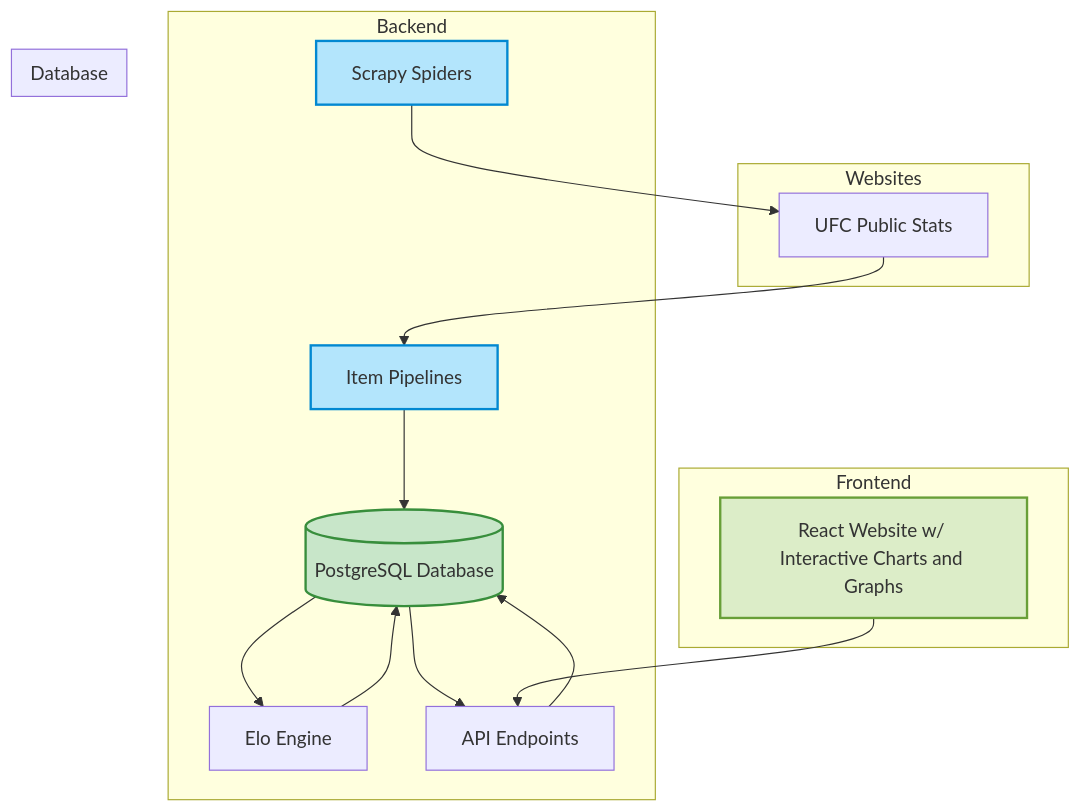
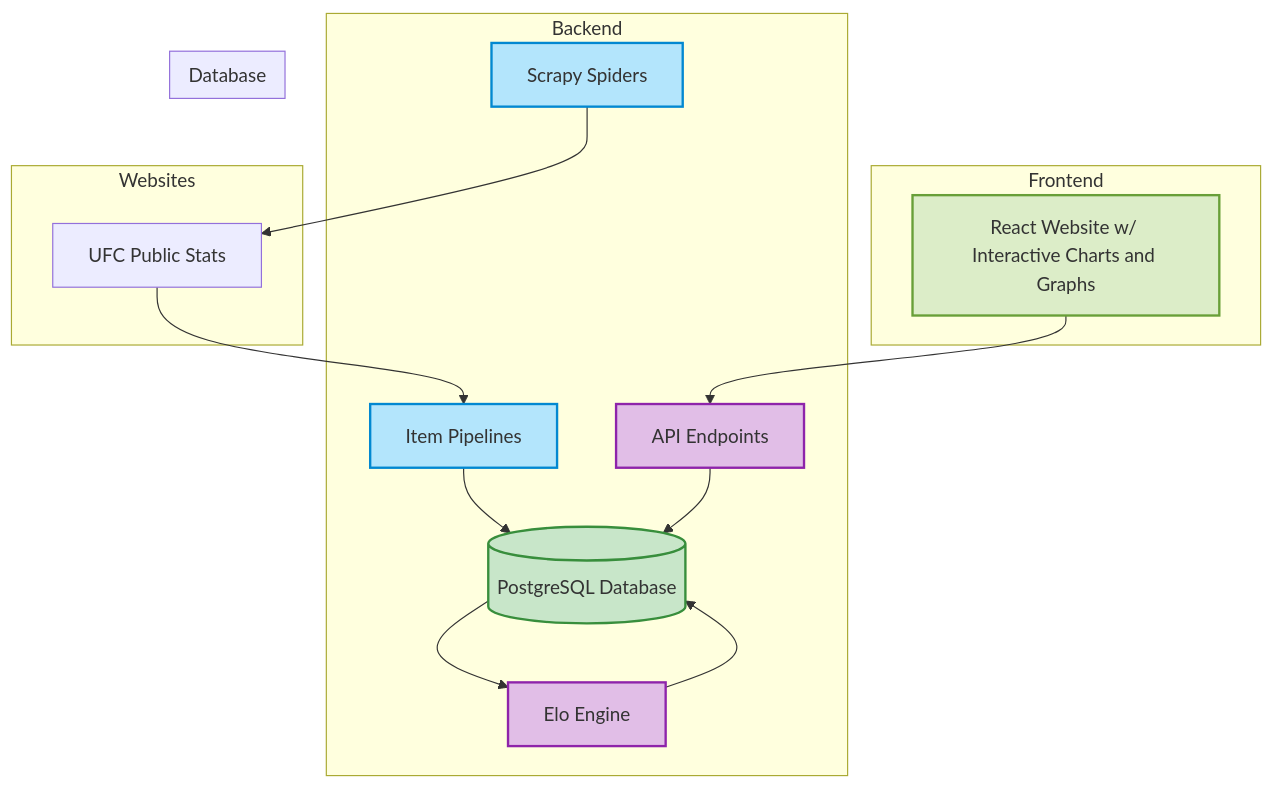
Before and after one commit to alpinedev51/mma-elo-engine-py: the diagram in README.md, drawn with Mermaid.

````diff
--- a/README.md
+++ b/README.md
@@ -52,43 +52,41 @@
 ```mermaid
 flowchart TD
 
     subgraph Websites
         W1[UFC Public Stats]
     end
 
     subgraph Backend
         A1[Scrapy Spiders] --> W1
         W1 --> A2[Item Pipelines]
         A2 --> B1
         A3[Elo Engine] --> B1
         A4[API Endpoints] --> B1
         click A1 "Scrapy Spiders regularly crawl MMA websites for fighter data."
         click A2 "Pipelines process and store the fighter data into the database."
         click A3 "Elo engine processes data in database and updates Elo scores."
         click A4 "APIs provide access to database via CRUD operations."
     end
 
     subgraph Database
         B1[(PostgreSQL Database)] --> A3
-        B1 --> A4
         click B1 "PostgreSQL database stores and handles fighter data and Elo scores."
     end
 
     subgraph Frontend
         E1[React Website w/ Interactive Charts and Graphs] --> A4
         click E1 "Provides UI for interacting with Backend API."
         click E1 "Data is displayed in a React-based frontend."
     end
 
     classDef blue fill:#B3E5FC,stroke:#0288D1,stroke-width:2px;
     classDef green fill:#C8E6C9,stroke:#388E3C,stroke-width:2px;
     classDef orange fill:#FFE0B2,stroke:#F57C00,stroke-width:2px;
     classDef purple fill:#E1BEE7,stroke:#8E24AA,stroke-width:2px;
     classDef lightgreen fill:#DCEDC8,stroke:#689F38,stroke-width:2px;
 
     class A1,A2 blue;
     class B1 green;
-    class C1 orange;
-    class D1 purple;
+    class A3,A4 purple;
     class E1 lightgreen;
 ```
````
